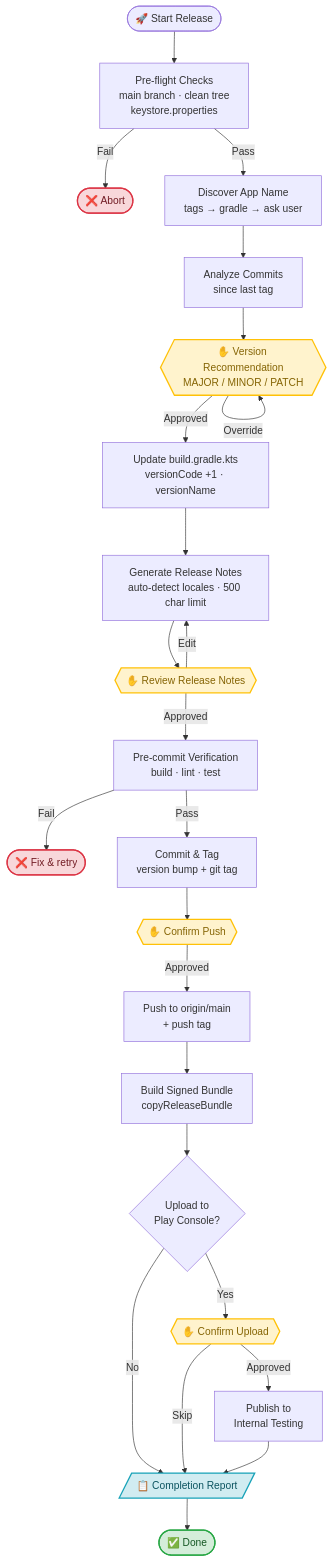
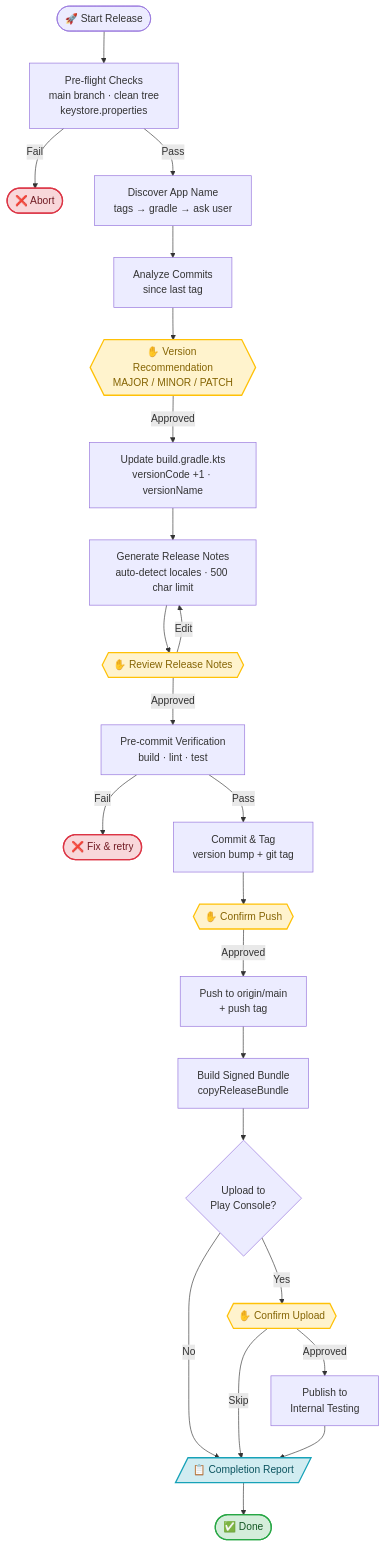
Before and after one commit to zurche/claude-code-skills: the diagram in android-release-bump-flow.mmd, drawn with Mermaid.

Commit message:
Remove override option from version recommendation

```diff
--- a/android-release-bump-flow.mmd
+++ b/android-release-bump-flow.mmd
@@ -1,55 +1,54 @@
 flowchart TD
     START([🚀 Start Release]) --> PREFLIGHT
 
     PREFLIGHT["Pre-flight Checks<br>main branch · clean tree<br>keystore.properties"] -->|Fail| ABORT([❌ Abort])
     PREFLIGHT -->|Pass| DISCOVER
 
     DISCOVER["Discover App Name<br>tags → gradle → ask user"] --> ANALYZE
 
     ANALYZE["Analyze Commits<br>since last tag"] --> CP_VERSION
 
     CP_VERSION{{"✋ Version Recommendation<br>MAJOR / MINOR / PATCH"}}
     CP_VERSION -->|Approved| UPDATE
-    CP_VERSION -->|Override| CP_VERSION
 
     UPDATE["Update build.gradle.kts<br>versionCode +1 · versionName"] --> NOTES
 
     NOTES["Generate Release Notes<br>auto-detect locales · 500 char limit"] --> CP_NOTES
 
     CP_NOTES{{✋ Review Release Notes}}
     CP_NOTES -->|Approved| VERIFY
     CP_NOTES -->|Edit| NOTES
 
     VERIFY["Pre-commit Verification<br>build · lint · test"] -->|Fail| ABORT_VERIFY([❌ Fix & retry])
     VERIFY -->|Pass| COMMIT
 
     COMMIT["Commit & Tag<br>version bump + git tag"] --> CP_PUSH
 
     CP_PUSH{{✋ Confirm Push}}
     CP_PUSH -->|Approved| PUSH
 
     PUSH["Push to origin/main<br>+ push tag"] --> BUNDLE
 
     BUNDLE[Build Signed Bundle\ncopyReleaseBundle] --> PLAY_CHECK
 
     PLAY_CHECK{"Upload to<br>Play Console?"}
     PLAY_CHECK -->|No| REPORT
     PLAY_CHECK -->|Yes| CP_UPLOAD
 
     CP_UPLOAD{{✋ Confirm Upload}}
     CP_UPLOAD -->|Approved| UPLOAD
     CP_UPLOAD -->|Skip| REPORT
 
     UPLOAD["Publish to<br>Internal Testing"] --> REPORT
 
     REPORT[/📋 Completion Report/] --> DONE([✅ Done])
 
     classDef checkpoint fill:#FFF3CD,stroke:#FFC107,stroke-width:2px,color:#856404
     classDef abort fill:#F8D7DA,stroke:#DC3545,stroke-width:2px,color:#721C24
     classDef success fill:#D4EDDA,stroke:#28A745,stroke-width:2px,color:#155724
     classDef report fill:#D1ECF1,stroke:#17A2B8,stroke-width:2px,color:#0C5460
 
     class CP_VERSION,CP_NOTES,CP_PUSH,CP_UPLOAD checkpoint
     class ABORT,ABORT_VERIFY abort
     class DONE success
     class REPORT report
```
